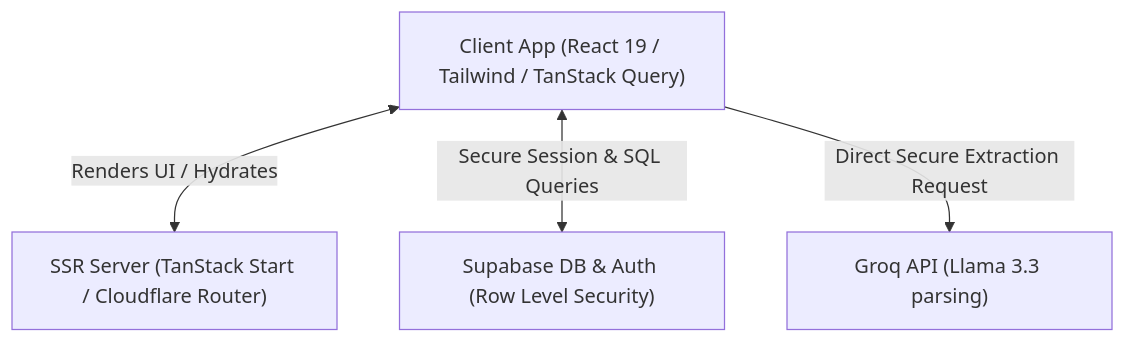
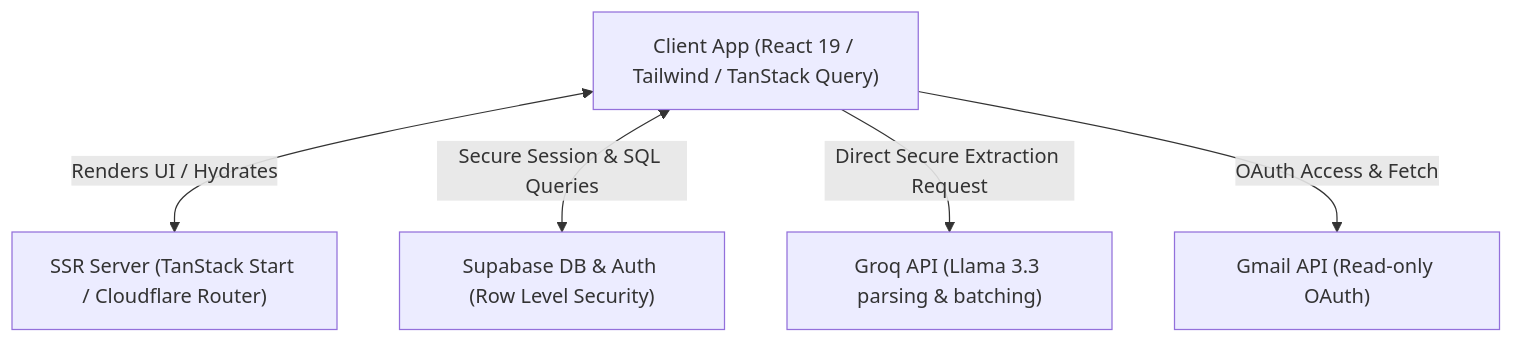
Before and after one commit to samarthkashyap03/tracely: the diagram in README.md, drawn with Mermaid. The commit also changed other lines of this file and 2 other files, not shown here.

````diff
--- a/README.md
+++ b/README.md
@@ -43,11 +45,13 @@
 ```mermaid
 graph TD
     Client["Client App (React 19 / Tailwind / TanStack Query)"]
     Server["SSR Server (TanStack Start / Cloudflare Router)"]
     Supabase["Supabase DB & Auth (Row Level Security)"]
-    Groq["Groq API (Llama 3.3 parsing)"]
+    Groq["Groq API (Llama 3.3 parsing & batching)"]
+    Gmail["Gmail API (Read-only OAuth)"]
 
     Client <-->|Renders UI / Hydrates| Server
     Client <-->|Secure Session & SQL Queries| Supabase
     Client -->|Direct Secure Extraction Request| Groq
+    Client -->|OAuth Access & Fetch| Gmail
 ```
````
